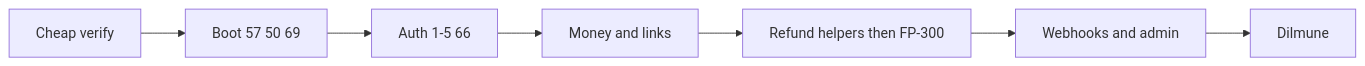
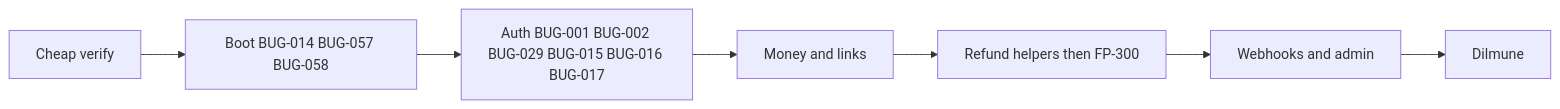
Before and after one commit to MJ5-byte/fils-pay: the diagram in Evidence/bugfix_plan.md, drawn with Mermaid. The commit also changed other lines of this file, not shown here.

````diff
--- a/Evidence/bugfix_plan.md
+++ b/Evidence/bugfix_plan.md
@@ -7,9 +9,9 @@
 ```mermaid
 flowchart LR
-  verify[Cheap verify] --> boot[Boot 57 50 69]
-  boot --> auth[Auth 1-5 66]
+  verify[Cheap verify] --> boot[Boot BUG-014 BUG-057 BUG-058]
+  boot --> auth[Auth BUG-001 BUG-002 BUG-029 BUG-015 BUG-016 BUG-017]
   auth --> money[Money and links]
   money --> refunds[Refund helpers then FP-300]
   refunds --> webhooks[Webhooks and admin]
   webhooks --> host[Dilmune]
 ```
````
